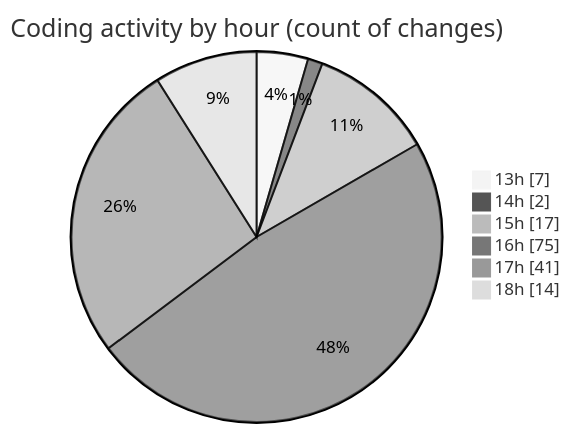
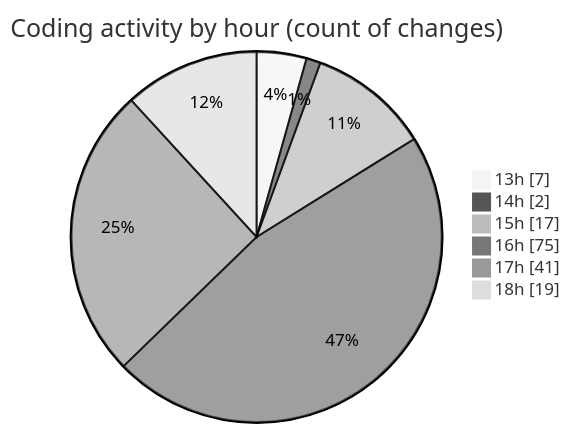
Before and after one commit to charlie-sans/code-tracking: the second of 2 diagrams in 2025-02-24/micros/README.md, drawn with Mermaid (neutral theme). The commit also changed other lines of this file and 1 other file, not shown here.

````diff
--- a/2025-02-24/micros/README.md
+++ b/2025-02-24/micros/README.md
@@ -50,10 +50,10 @@
 ```mermaid
 pie showData
 title Coding activity by hour (count of changes)
 "13h" : 7
 "14h" : 2
 "15h" : 17
 "16h" : 75
 "17h" : 41
-"18h" : 14
+"18h" : 19
 ```
````
